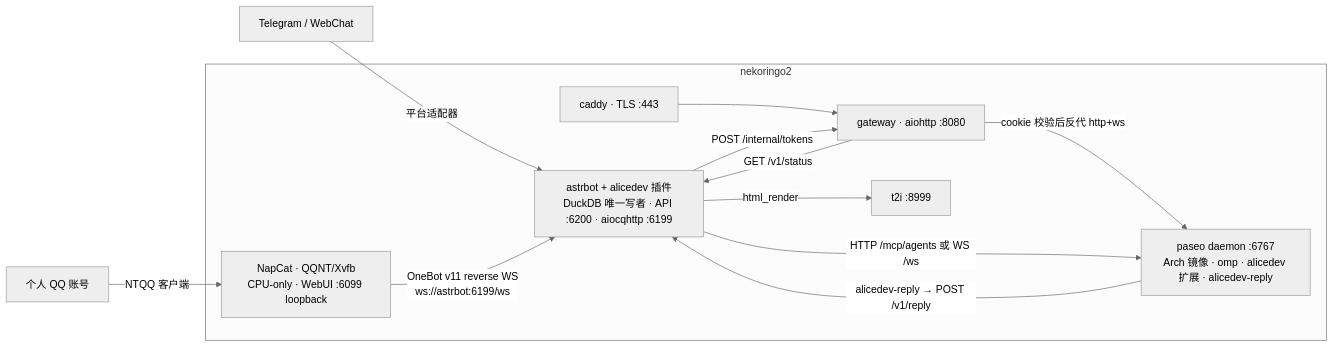
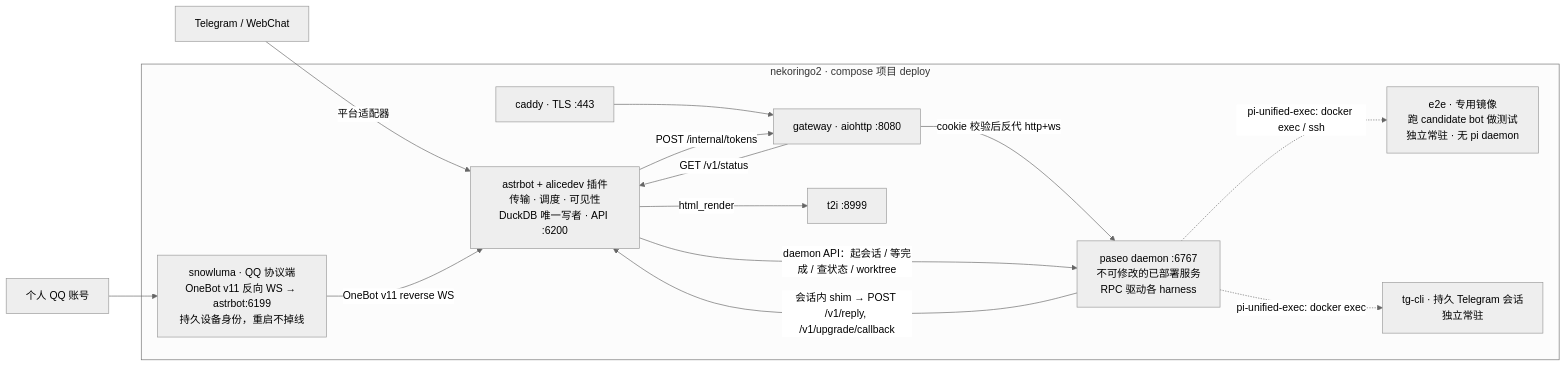
Before and after one commit to mouriya-s-lab/alicedev: the first of 3 diagrams in ARCHITECTURE.md, drawn with Mermaid (neutral theme). The commit also changed other lines of this file and 8 other files, not shown here.

First line of the commit message:
Replace NapCat with SnowLuma QQ bridge

````diff
--- a/ARCHITECTURE.md
+++ b/ARCHITECTURE.md
@@ -11,17 +17,21 @@
 ```mermaid
 flowchart LR
-  QQ[个人 QQ 账号] -->|NTQQ 客户端| nap
+  QQ[个人 QQ 账号] --> qqproto
   TG[Telegram / WebChat] -->|平台适配器| astr
-  subgraph host[nekoringo2]
+  subgraph host[nekoringo2 · compose 项目 deploy]
     caddy[caddy · TLS :443] --> gw[gateway · aiohttp :8080]
     gw -->|cookie 校验后反代 http+ws| paseo
     gw -->|GET /v1/status| astr
-    nap[NapCat · QQNT/Xvfb<br/>CPU-only · WebUI :6099 loopback]
-    nap -->|OneBot v11 reverse WS<br/>ws://astrbot:6199/ws| astr
-    astr[astrbot + alicedev 插件<br/>DuckDB 唯一写者 · API :6200 · aiocqhttp :6199]
-    astr -->|HTTP /mcp/agents 或 WS /ws| paseo[paseo daemon :6767<br/>Arch 镜像 · omp · alicedev 扩展 · alicedev-reply]
-    paseo -->|alicedev-reply → POST /v1/reply| astr
+    qqproto[snowluma · QQ 协议端<br/>OneBot v11 反向 WS → astrbot:6199<br/>持久设备身份，重启不掉线]
+    qqproto -->|OneBot v11 reverse WS| astr
+    astr[astrbot + alicedev 插件<br/>传输 · 调度 · 可见性<br/>DuckDB 唯一写者 · API :6200]
+    astr -->|daemon API：起会话 / 等完成 / 查状态 / worktree| paseo[paseo daemon :6767<br/>不可修改的已部署服务<br/>RPC 驱动各 harness]
+    paseo -->|会话内 shim → POST /v1/reply, /v1/upgrade/callback| astr
+    paseo -.->|pi-unified-exec: docker exec / ssh| e2e
+    paseo -.->|pi-unified-exec: docker exec| tgcli
+    e2e[e2e · 专用镜像<br/>跑 candidate bot 做测试<br/>独立常驻 · 无 pi daemon]
+    tgcli[tg-cli · 持久 Telegram 会话<br/>独立常驻]
     astr -->|html_render| t2i[t2i :8999]
     astr -->|POST /internal/tokens| gw
   end
 ```
````
